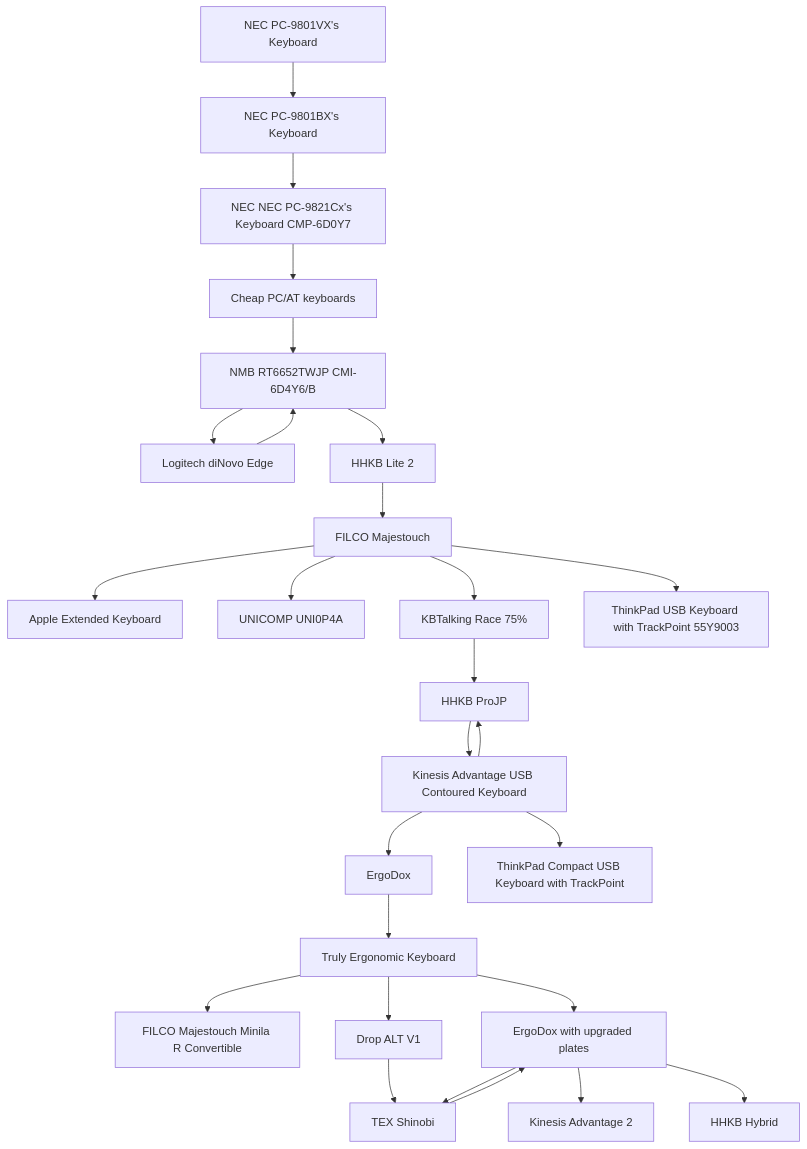
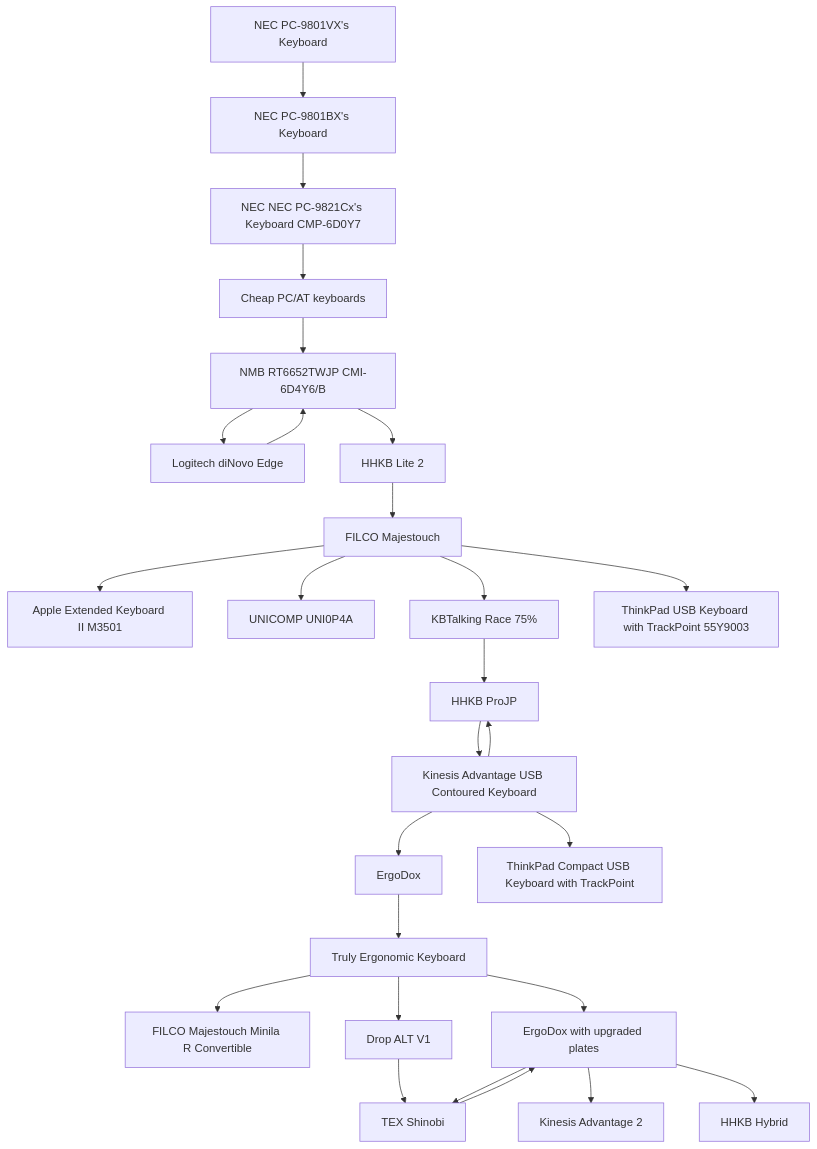
The diagram in hid.md (sumibi-yakitori/sumibi-yakitori), drawn with Mermaid before and after one commit.

Commit message:
no message

````diff
--- a/hid.md
+++ b/hid.md
@@ -19,28 +19,28 @@
 ```mermaid
 graph TD;
     pc9801vx[NEC PC-9801VX's Keyboard]-->pc9801bx[NEC PC-9801BX's Keyboard];
     pc9801bx-->pc9821cx13[NEC NEC PC-9821Cx's Keyboard CMP-6D0Y7];
     pc9821cx13-->pcat1[Cheap PC/AT keyboards];
     pcat1-->nmb;
     nmb[NMB RT6652TWJP CMI-6D4Y6/B]-->Logitech[Logitech diNovo Edge]-->nmb;
     nmb-->hhkb-lite[HHKB Lite 2];
     hhkb-lite-->filco-m[FILCO Majestouch];
-    filco-m-->ae-kb[Apple Extended Keyboard];
+    filco-m-->ae-kb[Apple Extended Keyboard II M3501];
     filco-m-->unicomp[UNICOMP UNI0P4A];
     filco-m-->race[KBTalking Race 75%];
     filco-m-->thinkpad1[ThinkPad USB Keyboard with TrackPoint 55Y9003];
     race-->hhkb-pro-jp[HHKB ProJP];
     hhkb-pro-jp-->kinesis-a[Kinesis Advantage USB Contoured Keyboard];
     kinesis-a-->hhkb-pro-jp;
     kinesis-a-->ergodox1[ErgoDox];
     kinesis-a-->thinkpad2[ThinkPad Compact USB Keyboard with TrackPoint];
     ergodox1-->teck[Truly Ergonomic Keyboard];
     teck-->filco-minila-r[FILCO Majestouch Minila R Convertible];
     teck-->ergodox2[ErgoDox with upgraded plates];
     teck-->drop-alt[Drop ALT V1];
     drop-alt-->shinobi;
     ergodox2-->shinobi[TEX Shinobi];
     shinobi-->ergodox2
     ergodox2-->kinesis-a2[Kinesis Advantage 2];
     ergodox2-->hhkb-hybrid[HHKB Hybrid];
 ```
````
